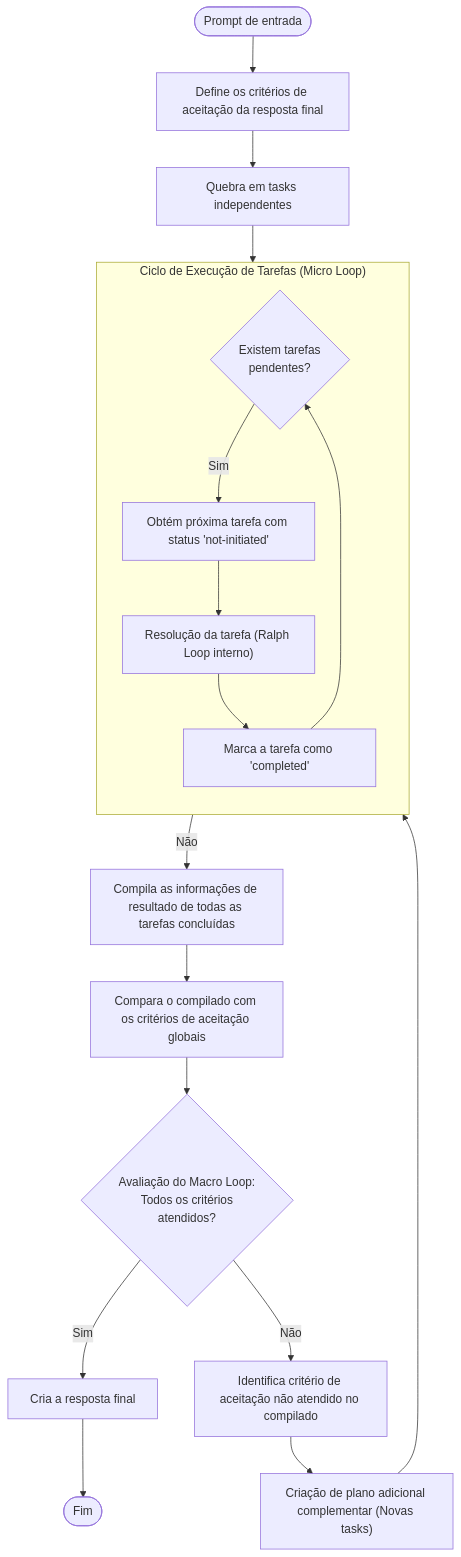
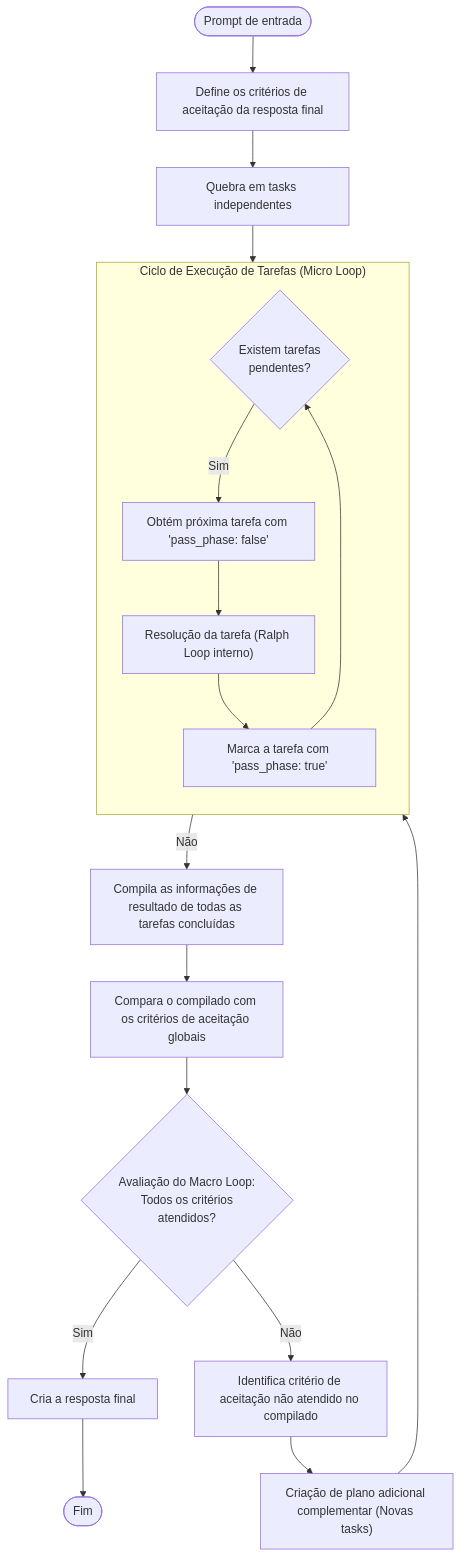
One commit to TCC-FEI-Harness-IA/AI-Harness-Beyond-Software-Engineering changed the diagram in docs/entregas/paper_v2/diagramas_mermaid/fluxo_marcro.md. Above: the diagram before and after it, drawn with Mermaid. The commit also changed 4 other files, not shown here.

````diff
--- a/docs/entregas/paper_v2/diagramas_mermaid/fluxo_marcro.md
+++ b/docs/entregas/paper_v2/diagramas_mermaid/fluxo_marcro.md
@@ -1,48 +1,48 @@
 ```mermaid
 flowchart TD
 
     A([Prompt de entrada])
 
     B["Define os critérios de aceitação da resposta final"]
     C["Quebra em tasks independentes"]
 
     subgraph Processamento ["Ciclo de Execução de Tarefas (Micro Loop)"]
         direction TB
         TaskCheck{"Existem tarefas<br>pendentes?"}
-        GetTask["Obtém próxima tarefa com status 'not-initiated'"]
+        GetTask["Obtém próxima tarefa com 'pass_phase: false'"]
         ResolveTask["Resolução da tarefa (Ralph Loop interno)"]
-        UpdateTask["Marca a tarefa como 'completed'"]
+        UpdateTask["Marca a tarefa com 'pass_phase: true'"]
 
         TaskCheck -- Sim --> GetTask
         GetTask --> ResolveTask
         ResolveTask --> UpdateTask
         UpdateTask --> TaskCheck
     end
 
     E["Compila as informações de resultado de todas as tarefas concluídas"]
     F["Compara o compilado com os critérios de aceitação globais"]
 
     G{"Avaliação do Macro Loop:<br>Todos os critérios<br>atendidos?"}
 
     H["Cria a resposta final"]
     I([Fim])
 
     J["Identifica critério de aceitação não atendido no compilado"]
     K["Criação de plano adicional complementar (Novas tasks)"]
 
     A --> B
     B --> C
     C --> TaskCheck
 
     TaskCheck -- Não --> E
     E --> F
     F --> G
 
     G -- Sim --> H
     H --> I
 
     G -- Não --> J
     J --> K
     K --> TaskCheck
 
 ```
````
